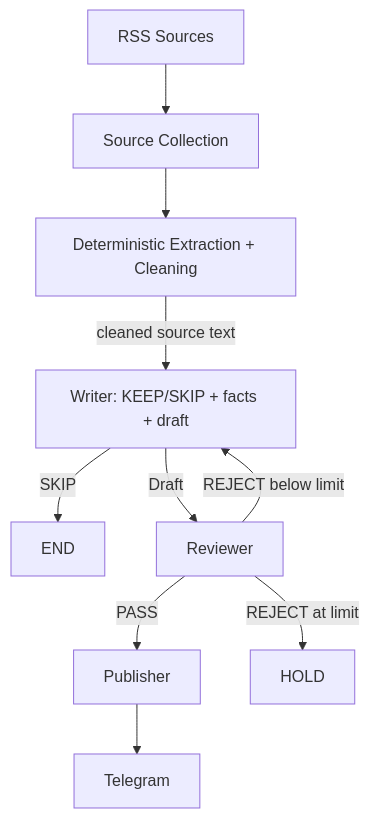
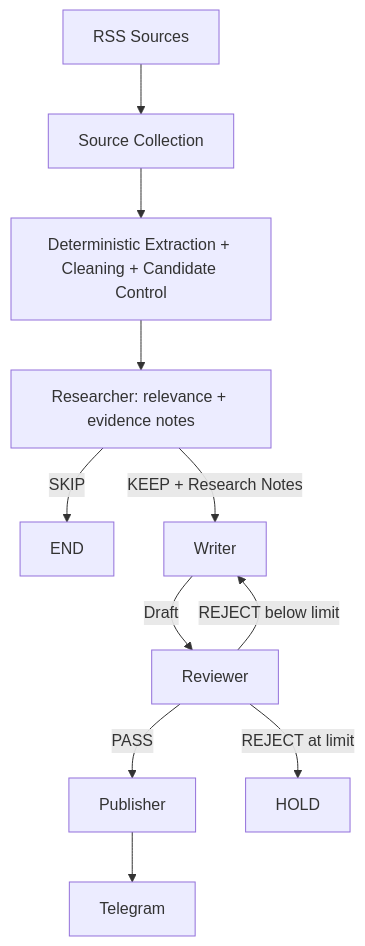
One commit to MartinKuai/chip-news-ai-workflow changed the diagram in README.en.md. Above: the diagram before and after it, drawn with Mermaid. The commit also changed other lines of this file and 34 other files, not shown here.

````diff
--- a/README.en.md
+++ b/README.en.md
@@ -15,12 +15,13 @@
 ```mermaid
 flowchart TD
     A[RSS Sources] --> B[Source Collection]
-    B --> C[Deterministic Extraction + Cleaning]
-    C -->|cleaned source text| D[Writer: KEEP/SKIP + facts + draft]
+    B --> C[Deterministic Extraction + Cleaning + Candidate Control]
+    C --> D[Researcher: relevance + evidence notes]
     D -->|SKIP| Z[END]
-    D -->|Draft| E[Reviewer]
-    E -->|PASS| F[Publisher]
-    E -->|REJECT below limit| D
-    E -->|REJECT at limit| G[HOLD]
-    F --> H[Telegram]
+    D -->|KEEP + Research Notes| E[Writer]
+    E -->|Draft| F[Reviewer]
+    F -->|PASS| G[Publisher]
+    F -->|REJECT below limit| E
+    F -->|REJECT at limit| H[HOLD]
+    G --> I[Telegram]
 ```
````
